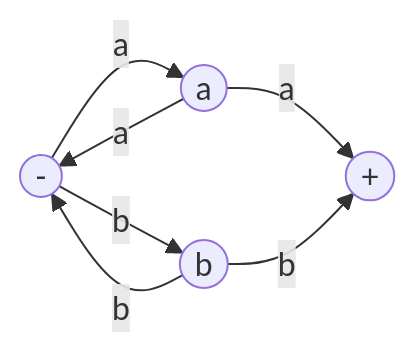
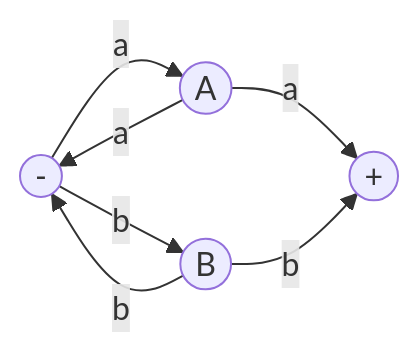
One commit to ufidon/ct changed the fourth of 5 diagrams in mod2/gf.md. Above: the diagram before and after it, drawn with Mermaid. The commit also changed other lines of this file, not shown here.

````diff
--- a/mod2/gf.md
+++ b/mod2/gf.md
@@ -128,13 +135,13 @@
 ```mermaid
 flowchart LR
 s(("-"))
-A(("a"))
-B(("b"))
+A(("A"))
+B(("B"))
 f(("+"))
 s-->|a|A
 s-->|b|B
 A-->|a|s
 B-->|b|s
 A-->|a|f
 B-->|b|f
 ```
````
